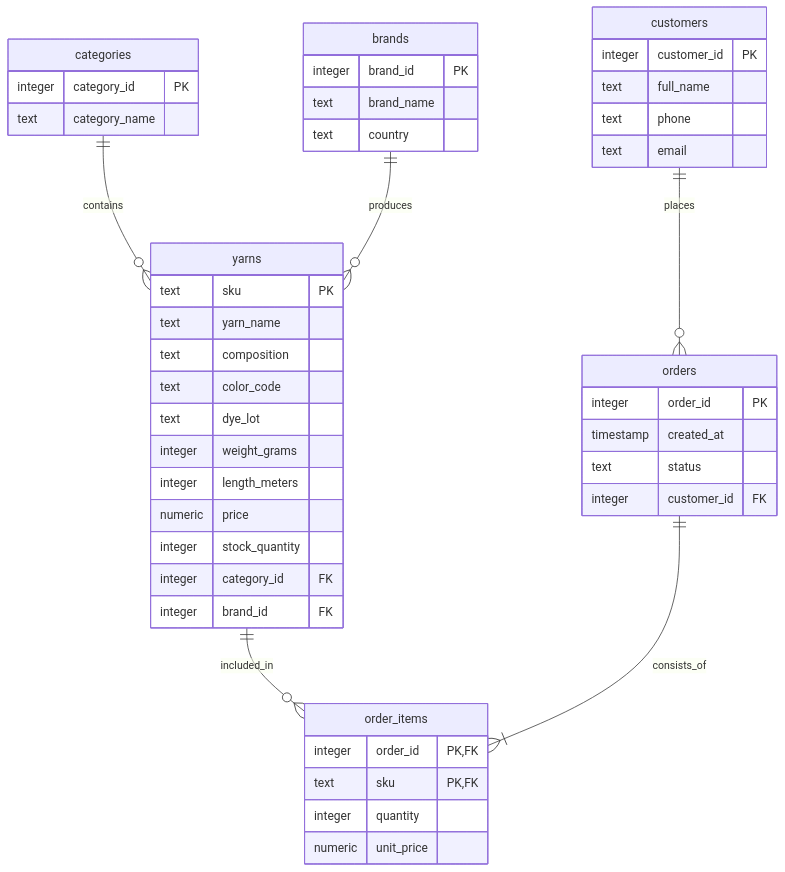
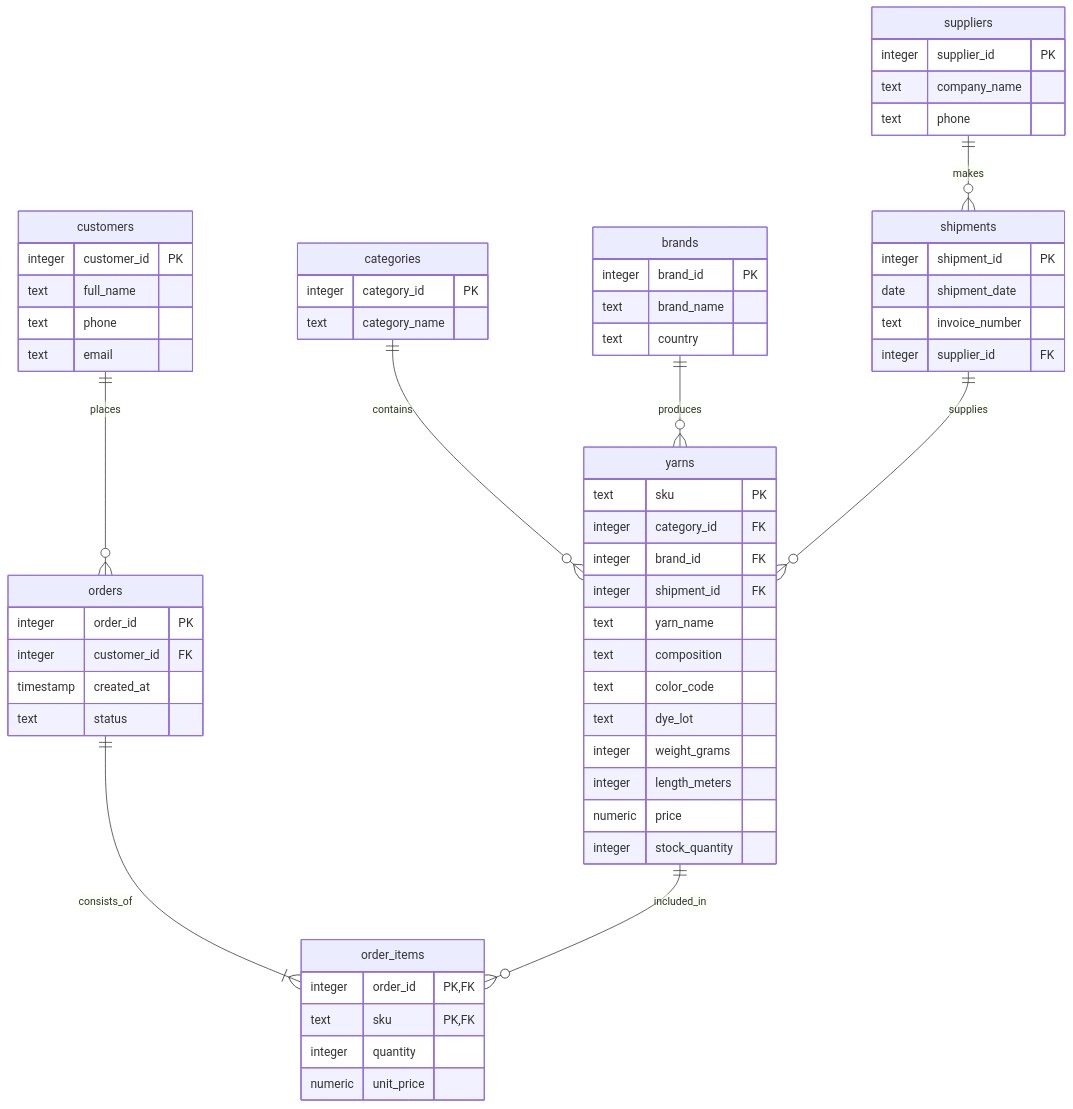
One commit to katerynakoles/obdz changed the second of 2 diagrams in lab-01/README.md. Above: the diagram before and after it, drawn with Mermaid. The commit also changed other lines of this file, not shown here.

````diff
--- a/lab-01/README.md
+++ b/lab-01/README.md
@@ -234,49 +238,63 @@
 ```mermaid
 erDiagram
     categories ||--o{ yarns : "contains"
     brands ||--o{ yarns : "produces"
+    suppliers ||--o{ shipments : "makes"
+    shipments ||--o{ yarns : "supplies"
+    customers ||--o{ orders : "places"
+    orders ||--|{ order_items : "consists_of"
     yarns ||--o{ order_items : "included_in"
-    orders ||--|{ order_items : "consists_of"
-    customers ||--o{ orders : "places"
 
     categories {
         integer category_id PK
         text category_name
     }
     brands {
         integer brand_id PK
         text brand_name
         text country
     }
+    suppliers {
+        integer supplier_id PK
+        text company_name
+        text phone
+    }
+    shipments {
+        integer shipment_id PK
+        date shipment_date
+        text invoice_number
+        integer supplier_id FK
+    }
     yarns {
         text sku PK
+        integer category_id FK
+        integer brand_id FK
+        integer shipment_id FK
         text yarn_name
         text composition
         text color_code
         text dye_lot
         integer weight_grams
         integer length_meters
         numeric price
         integer stock_quantity
-        integer category_id FK
-        integer brand_id FK
     }
     customers {
         integer customer_id PK
         text full_name
         text phone
         text email
     }
     orders {
         integer order_id PK
+        integer customer_id FK
         timestamp created_at
         text status
-        integer customer_id FK
     }
     order_items {
         integer order_id PK, FK
         text sku PK, FK
         integer quantity
         numeric unit_price
     }
 ```
````
